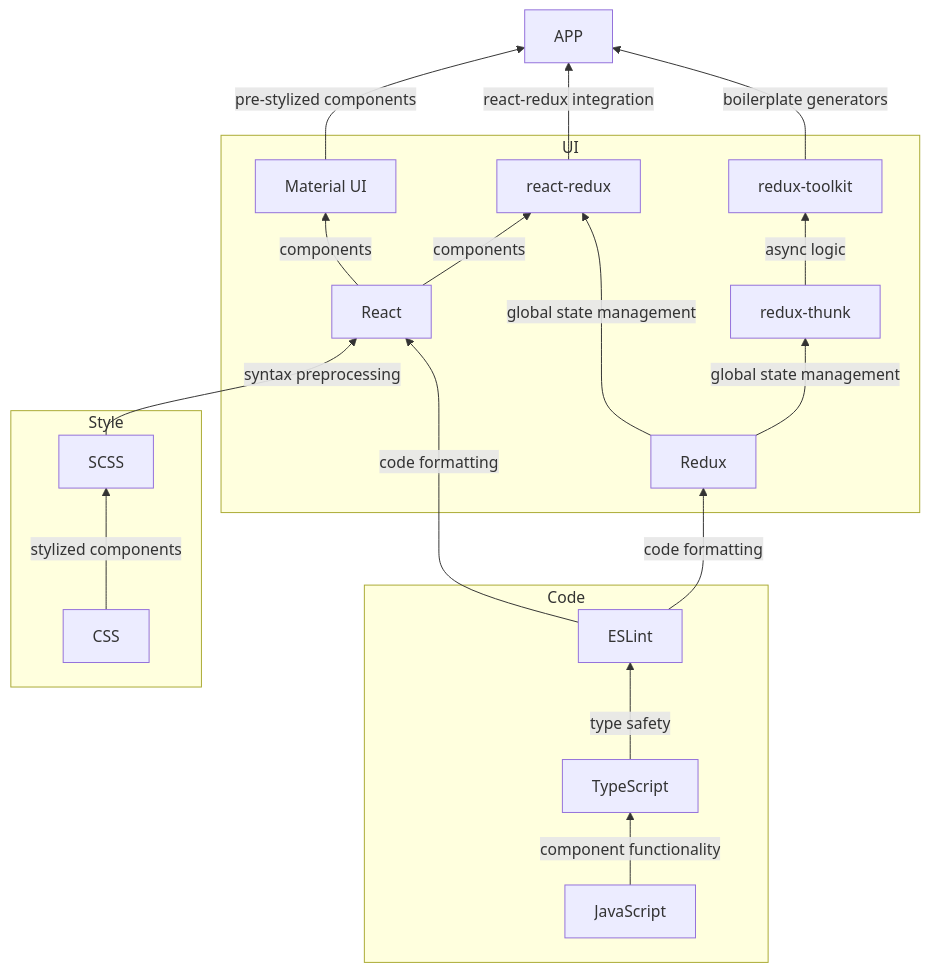
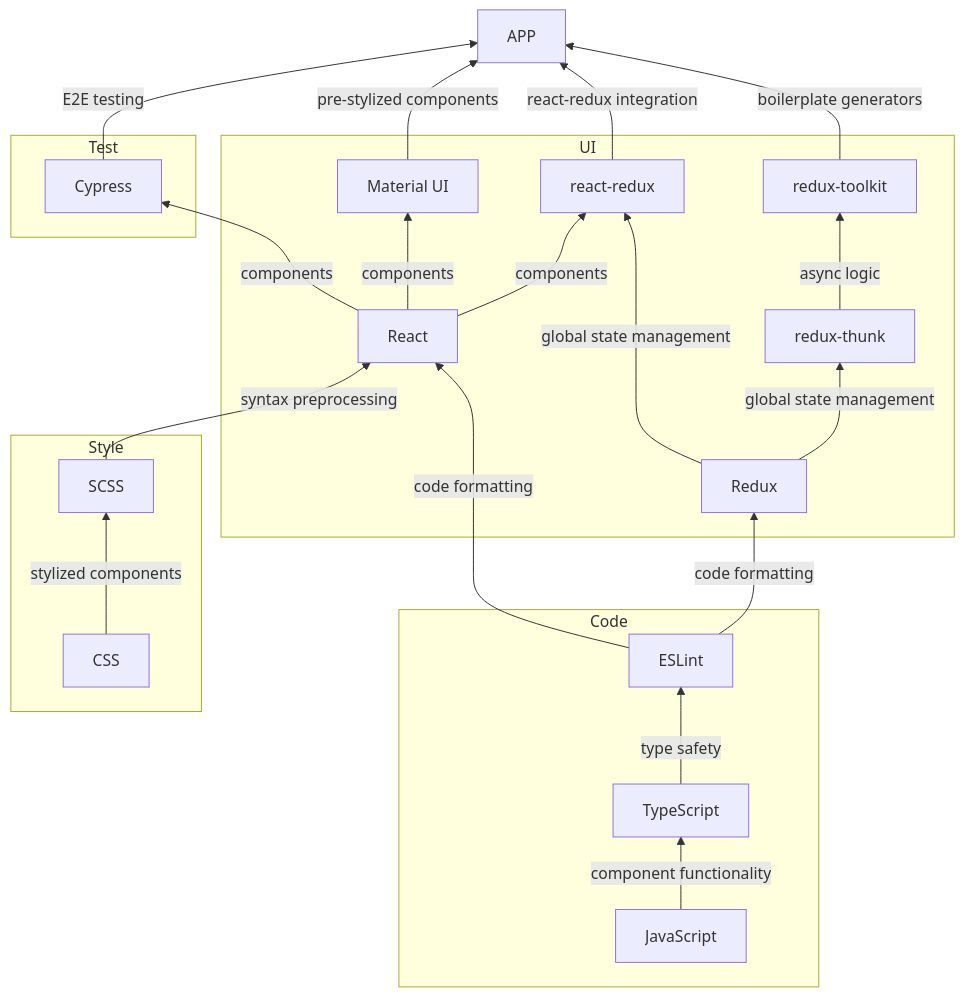
The diagram in docs/frontend/TECH-STACK.md (ocadotechnology/codeforlife-template-backend), drawn with Mermaid before and after one commit. The commit also changed other lines of this file, not shown here.

Commit message:
add E2E testing

````diff
--- a/docs/frontend/TECH-STACK.md
+++ b/docs/frontend/TECH-STACK.md
@@ -7,19 +7,23 @@
 ```mermaid
 graph BT;
     subgraph Style;
         css[CSS] -->|stylized components| scss[SCSS];
     end;
-    scss -->|syntax preprocessing| react[React]
+    scss -->|syntax preprocessing| react[React];
     subgraph Code;
-        javascript[JavaScript] -->|component functionality| typescript[TypeScript] -->|type safety| eslint[ESLint];
+        js[JavaScript] -->|component functionality| ts[TypeScript] -->|type safety| eslint[ESLint];
     end;
     eslint -->|code formatting| react & redux[Redux];
+    subgraph Test;
+      cypress[Cypress];
+    end;
     subgraph UI;
-        react -->|components| mui[Material UI] & react-redux;
+        react -->|components| cypress & mui[Material UI] & react-redux;
         redux -->|global state management| react-redux & redux-thunk;
         redux-thunk -->|async logic| redux-toolkit;
     end;
+    cypress -->|E2E testing| APP;
     mui -->|pre-stylized components| APP;
     react-redux -->|react-redux integration| APP;
     redux-toolkit -->|boilerplate generators| APP;
 ```
````
